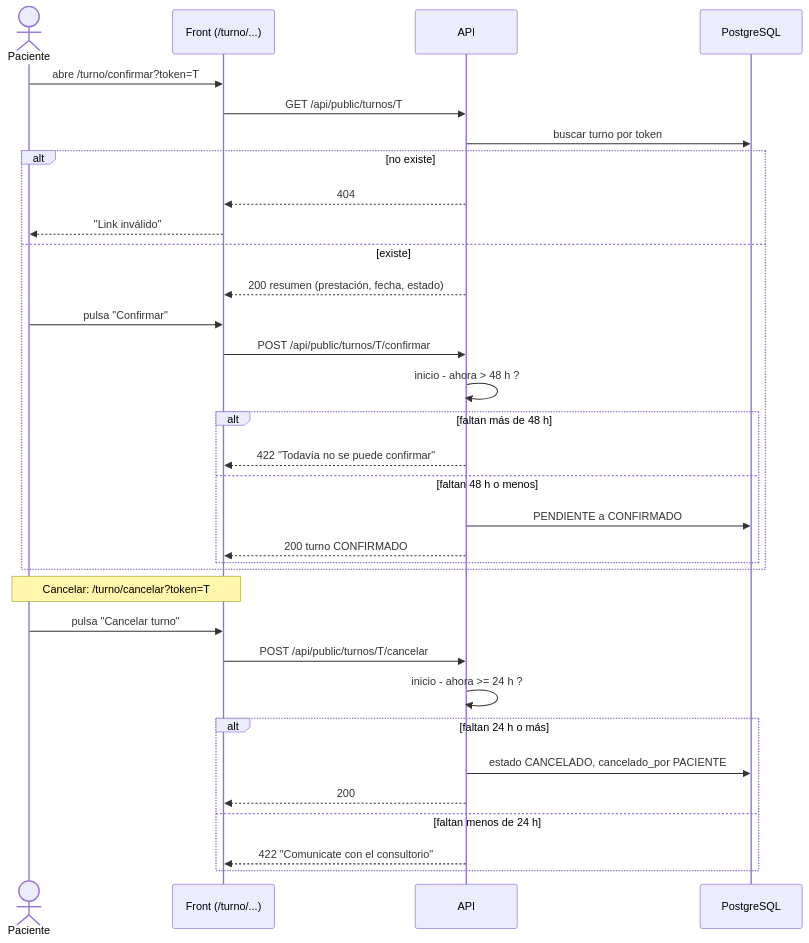
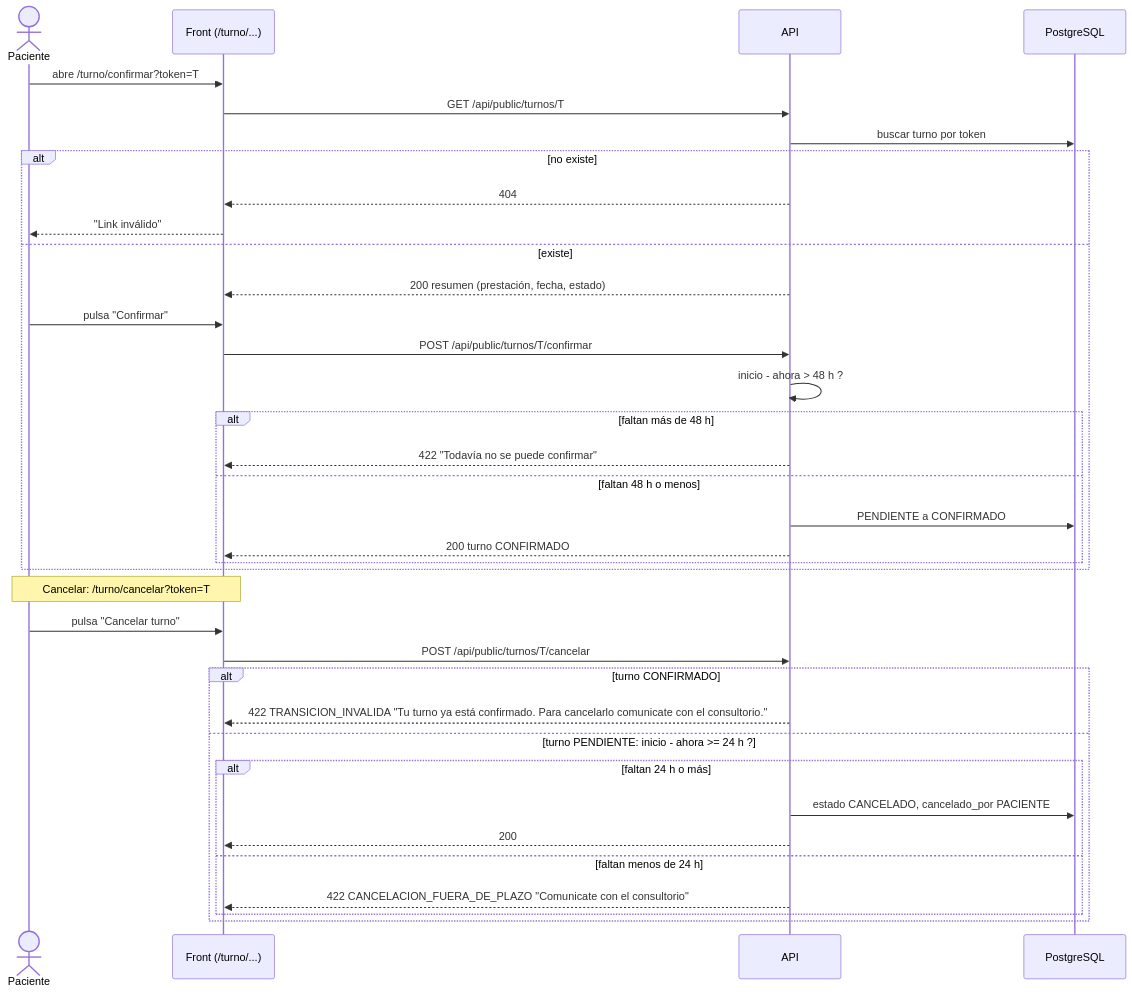
Before and after one commit to ExeBernardon/turnos-odontologia-Bernardon: the third of 6 diagrams in knowledge-base/07_flujos_principales.md, drawn with Mermaid. The commit also changed other lines of this file and 98 other files, not shown here.

````diff
--- a/knowledge-base/07_flujos_principales.md
+++ b/knowledge-base/07_flujos_principales.md
@@ -98,35 +98,38 @@
 ```mermaid
 sequenceDiagram
     actor P as Paciente
     participant F as Front (/turno/...)
     participant A as API
     participant DB as PostgreSQL
     P->>F: abre /turno/confirmar?token=T
     F->>A: GET /api/public/turnos/T
     A->>DB: buscar turno por token
     alt no existe
         A-->>F: 404
         F-->>P: "Link inválido"
     else existe
         A-->>F: 200 resumen (prestación, fecha, estado)
         P->>F: pulsa "Confirmar"
         F->>A: POST /api/public/turnos/T/confirmar
         A->>A: inicio - ahora > 48 h ?
         alt faltan más de 48 h
             A-->>F: 422 "Todavía no se puede confirmar"
         else faltan 48 h o menos
             A->>DB: PENDIENTE a CONFIRMADO
             A-->>F: 200 turno CONFIRMADO
         end
     end
     Note over P,F: Cancelar: /turno/cancelar?token=T
     P->>F: pulsa "Cancelar turno"
     F->>A: POST /api/public/turnos/T/cancelar
-    A->>A: inicio - ahora >= 24 h ?
-    alt faltan 24 h o más
-        A->>DB: estado CANCELADO, cancelado_por PACIENTE
-        A-->>F: 200
-    else faltan menos de 24 h
-        A-->>F: 422 "Comunicate con el consultorio"
+    alt turno CONFIRMADO
+        A-->>F: 422 TRANSICION_INVALIDA "Tu turno ya está confirmado. Para cancelarlo comunicate con el consultorio."
+    else turno PENDIENTE: inicio - ahora >= 24 h ?
+        alt faltan 24 h o más
+            A->>DB: estado CANCELADO, cancelado_por PACIENTE
+            A-->>F: 200
+        else faltan menos de 24 h
+            A-->>F: 422 CANCELACION_FUERA_DE_PLAZO "Comunicate con el consultorio"
+        end
     end
 ```
````
